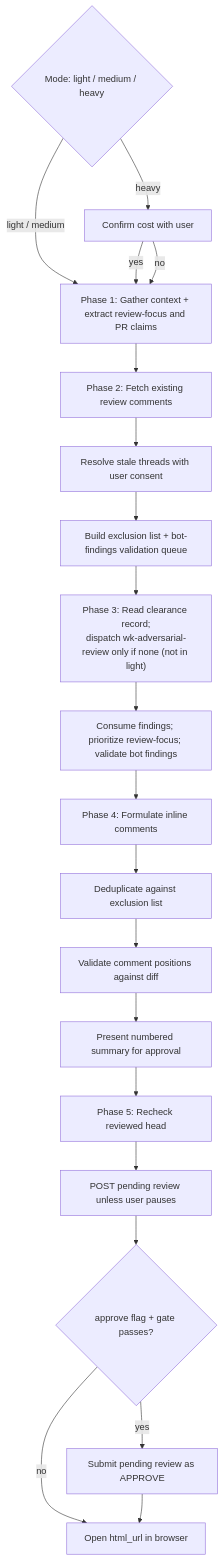
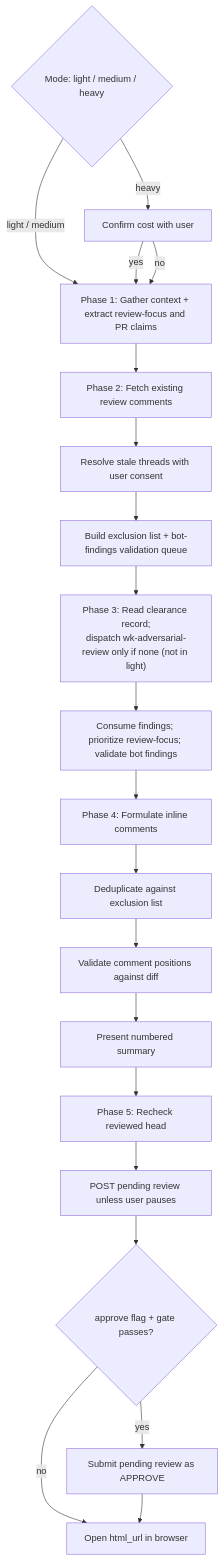
Before and after one commit to whizzzkid/skills: the diagram in skills/pr-review/README.md, drawn with Mermaid. The commit also changed other lines of this file and 1 other file, not shown here.

````diff
--- a/skills/pr-review/README.md
+++ b/skills/pr-review/README.md
@@ -42,22 +42,22 @@
 ```mermaid
 flowchart TD
     M{"Mode: light / medium / heavy"} -->|heavy| Q[Confirm cost with user]
     M -->|light / medium| A
     Q -->|yes| A
     Q -->|no| A
     A[Phase 1: Gather context + extract review-focus and PR claims] --> B[Phase 2: Fetch existing review comments]
     B --> C[Resolve stale threads with user consent]
     C --> D[Build exclusion list + bot-findings validation queue]
     D --> E["Phase 3: Read clearance record;<br/>dispatch wk-adversarial-review only if none (not in light)"]
     E --> F[Consume findings; prioritize review-focus; validate bot findings]
     F --> G[Phase 4: Formulate inline comments]
     G --> H[Deduplicate against exclusion list]
     H --> I[Validate comment positions against diff]
-    I --> J[Present numbered summary for approval]
+    I --> J[Present numbered summary]
     J --> K["Phase 5: Recheck reviewed head"]
     K --> L[POST pending review unless user pauses]
     L --> N{"approve flag + gate passes?"}
     N -->|yes| P[Submit pending review as APPROVE]
     N -->|no| O[Open html_url in browser]
     P --> O
 ```
````
